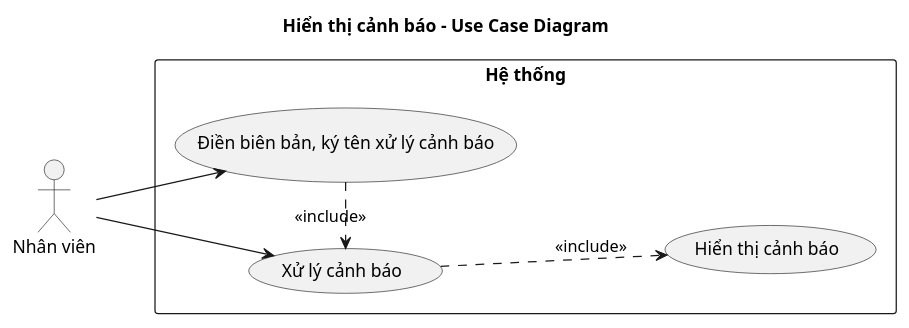
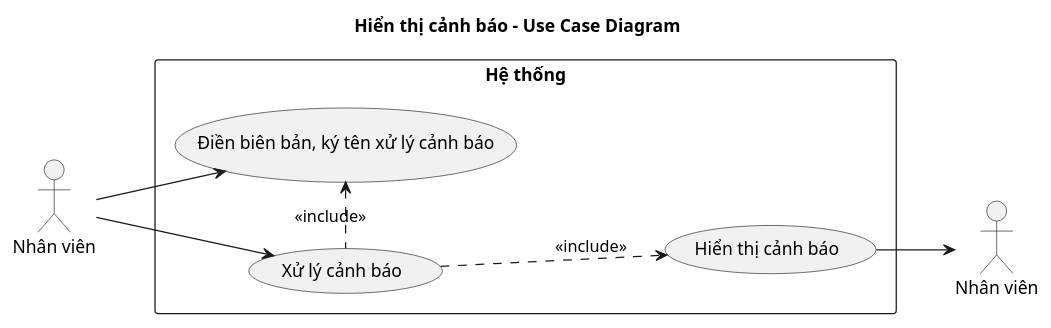
The diagram in Usecase/Notification-Usecase.plantuml (tuanemtramtinh/dacn-uml), drawn with PlantUML before and after one commit. The commit also changed 31 other files, not shown here.

```diff
--- a/Usecase/Notification-Usecase.plantuml
+++ b/Usecase/Notification-Usecase.plantuml
@@ -1,21 +1,22 @@
 @startuml
 
 title Hiển thị cảnh báo - Use Case Diagram
 
 left to right direction
 actor "Nhân viên" as nv
-
+actor "Nhân viên" as nvk
 
 rectangle "Hệ thống" {
   usecase "Hiển thị cảnh báo" as UC1
   usecase "Xử lý cảnh báo" as UC2
   usecase "Điền biên bản, ký tên xử lý cảnh báo" as UC3
 }
 
 nv --> UC3
 nv --> UC2
-UC3 .> UC2: <<include>>
+UC1 --> nvk
+UC3 <. UC2: <<include>>
 UC2 ..> UC1: <<include>>
 
 
 @enduml
```
